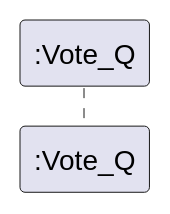
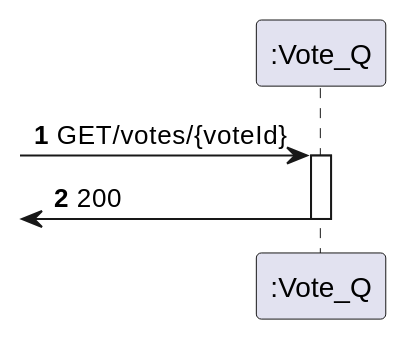
Before and after one commit to 1201441BrunoPereira/Trabalho2Votes: the diagram in Vote1_Q/Documentação/N2/getVoteById.puml, drawn with PlantUML. The commit also changed 18 other files, not shown here.

Commit message:
Diagrama Trabalho 3

```diff
--- a/Vote1_Q/Documentação/N2/getVoteById.puml
+++ b/Vote1_Q/Documentação/N2/getVoteById.puml
@@ -1,9 +1,14 @@
 @startuml
 'https://plantuml.com/sequence-diagram
 
-autoactivate on
 autonumber
 
 participant ":Vote_Q" as vote
 
+
+-> vote: GET/votes/{voteId}
+activate vote
+[<- vote: 200
+deactivate vote
+
 @enduml
```
